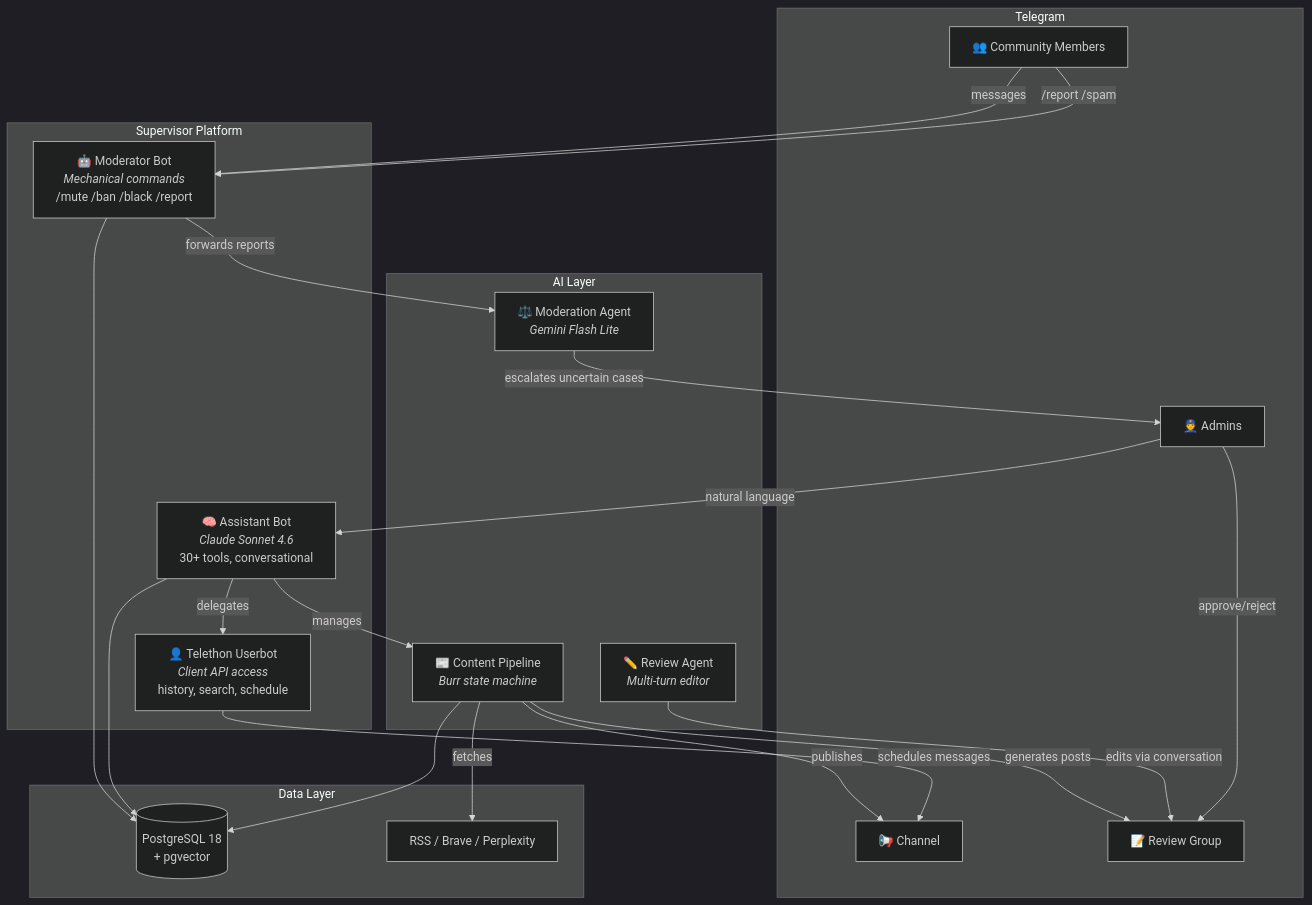
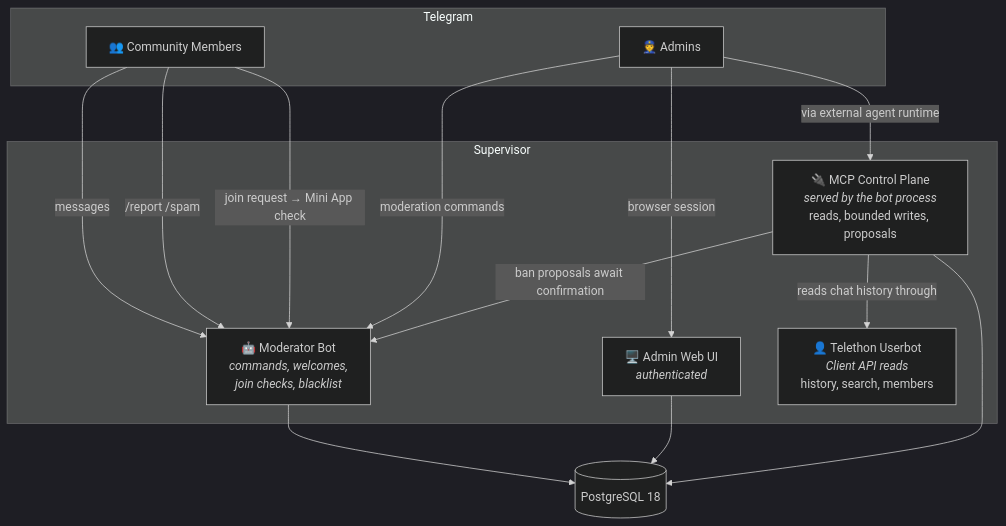
One commit to vsem-azamat/supervisor-telegram changed the diagram in README.md. Above: the diagram before and after it, drawn with Mermaid (dark theme). The commit also changed other lines of this file and 332 other files, not shown here.

First line of the commit message:
Moderator bot, without the agents: MCP control plane, real join checks, config in GitHub (#96)

````diff
--- a/README.md
+++ b/README.md
@@ -54,43 +36,28 @@
 ```mermaid
 graph TB
     subgraph Telegram["Telegram"]
         Users["👥 Community Members"]
         Admins["👮 Admins"]
-        Channel["📢 Channel"]
-        ReviewGroup["📝 Review Group"]
     end
 
-    subgraph System["Supervisor Platform"]
-        ModBot["🤖 Moderator Bot<br/><i>Mechanical commands</i><br/>/mute /ban /black /report"]
-        Assistant["🧠 Assistant Bot<br/><i>Claude Sonnet 4.6</i><br/>30+ tools, conversational"]
-        Userbot["👤 Telethon Userbot<br/><i>Client API access</i><br/>history, search, schedule"]
+    subgraph System["Supervisor"]
+        ModBot["🤖 Moderator Bot<br/><i>commands, welcomes,<br/>join checks, blacklist</i>"]
+        MCP["🔌 MCP Control Plane<br/><i>served by the bot process</i><br/>reads, bounded writes, proposals"]
+        WebUI["🖥️ Admin Web UI<br/><i>authenticated</i>"]
+        Userbot["👤 Telethon Userbot<br/><i>Client API reads</i><br/>history, search, members"]
     end
 
-    subgraph AI["AI Layer"]
-        ModAgent["⚖️ Moderation Agent<br/><i>Gemini Flash Lite</i>"]
-        Pipeline["📰 Content Pipeline<br/><i>Burr state machine</i>"]
-        ReviewAgent["✏️ Review Agent<br/><i>Multi-turn editor</i>"]
-    end
-
-    subgraph Data["Data Layer"]
-        PG[("PostgreSQL 18<br/>+ pgvector")]
-        Sources["RSS / Brave / Perplexity"]
-    end
+    PG[("PostgreSQL 18")]
 
     Users -->|messages| ModBot
     Users -->|/report /spam| ModBot
-    Admins -->|natural language| Assistant
-    ModBot -->|forwards reports| ModAgent
-    ModAgent -->|escalates uncertain cases| Admins
-    Assistant -->|manages| Pipeline
-    Pipeline -->|fetches| Sources
-    Pipeline -->|generates posts| ReviewGroup
-    ReviewAgent -->|edits via conversation| ReviewGroup
-    Admins -->|approve/reject| ReviewGroup
-    Pipeline -->|publishes| Channel
-    Userbot -->|schedules messages| Channel
-    Assistant -->|delegates| Userbot
+    Users -->|join request → Mini App check| ModBot
+    Admins -->|moderation commands| ModBot
+    Admins -->|browser session| WebUI
+    Admins -->|via external agent runtime| MCP
+    MCP -->|ban proposals await confirmation| ModBot
+    MCP -->|reads chat history through| Userbot
     ModBot --> PG
-    Assistant --> PG
-    Pipeline --> PG
+    WebUI --> PG
+    MCP --> PG
 ```
````
